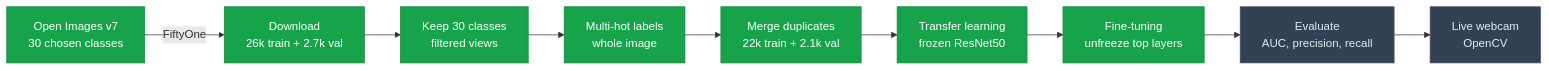
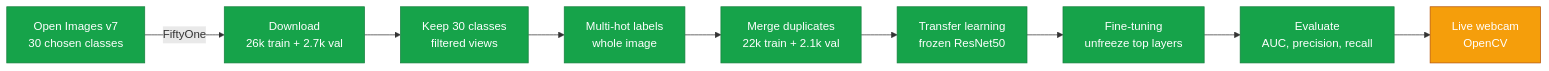
The diagram in README.md (python-is-life2022/image-classification-resnet-finetuning), drawn with Mermaid before and after one commit. The commit also changed other lines of this file, not shown here.

First line of the commit message:
docs: update roadmap and pipeline progress

````diff
--- a/README.md
+++ b/README.md
@@ -37,19 +37,19 @@
 ```mermaid
 flowchart LR
     A["Open Images v7<br/>30 chosen classes"] -->|FiftyOne| B["Download<br/>26k train + 2.7k val"]
     B --> C["Keep 30 classes<br/>filtered views"]
     C --> D["Multi-hot labels<br/>whole image"]
     D --> E["Merge duplicates<br/>22k train + 2.1k val"]
     E --> F["Transfer learning<br/>frozen ResNet50"]
     F --> G["Fine-tuning<br/>unfreeze top layers"]
     G --> H["Evaluate<br/>AUC, precision, recall"]
     H --> I["Live webcam<br/>OpenCV"]
 
     classDef done fill:#16a34a,stroke:#15803d,color:#fff;
     classDef wip fill:#f59e0b,stroke:#b45309,color:#fff;
     classDef todo fill:#334155,stroke:#475569,color:#e2e8f0;
     class A,B,C,D,E,F done;
     class G done;
-    class H todo;
-    class I todo;
+    class H done;
+    class I wip;
 ```
````
